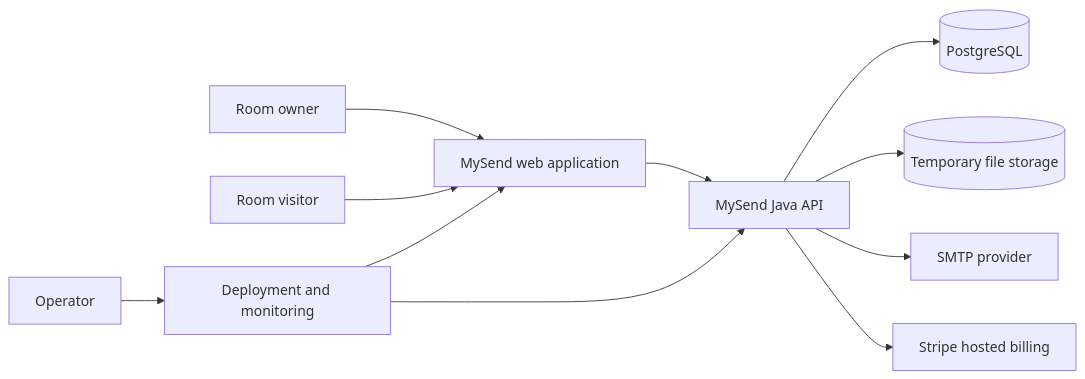
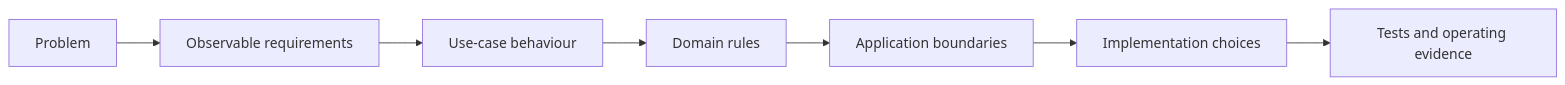
One commit to alan746/MySend changed the diagram in docs/design/00-design-brief.md. Above: the diagram before and after it, drawn with Mermaid. The commit also changed other lines of this file and 1 other file, not shown here.

````diff
--- a/docs/design/00-design-brief.md
+++ b/docs/design/00-design-brief.md
@@ -58,13 +14,9 @@
 ```mermaid
 flowchart LR
-    Owner["Room owner"] --> Web["MySend web application"]
-    Visitor["Room visitor"] --> Web
-    Web --> API["MySend Java API"]
-    API --> DB[("PostgreSQL")]
-    API --> Files[("Temporary file storage")]
-    API --> Mail["SMTP provider"]
-    API --> Stripe["Stripe hosted billing"]
-    Operator["Operator"] --> Hosting["Deployment and monitoring"]
-    Hosting --> Web
-    Hosting --> API
+    Problem["Problem"] --> Requirements["Observable requirements"]
+    Requirements --> UseCases["Use-case behaviour"]
+    UseCases --> Domain["Domain rules"]
+    Domain --> Boundaries["Application boundaries"]
+    Boundaries --> Choices["Implementation choices"]
+    Choices --> Validation["Tests and operating evidence"]
 ```
````
